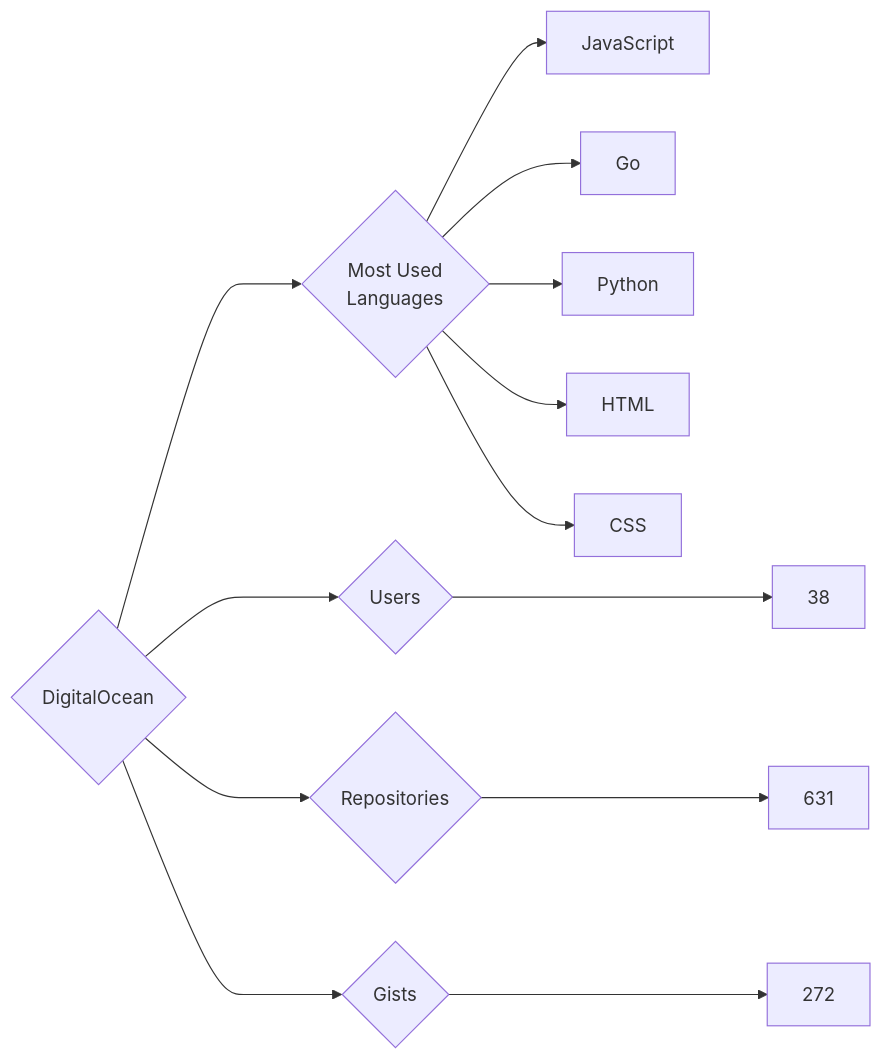
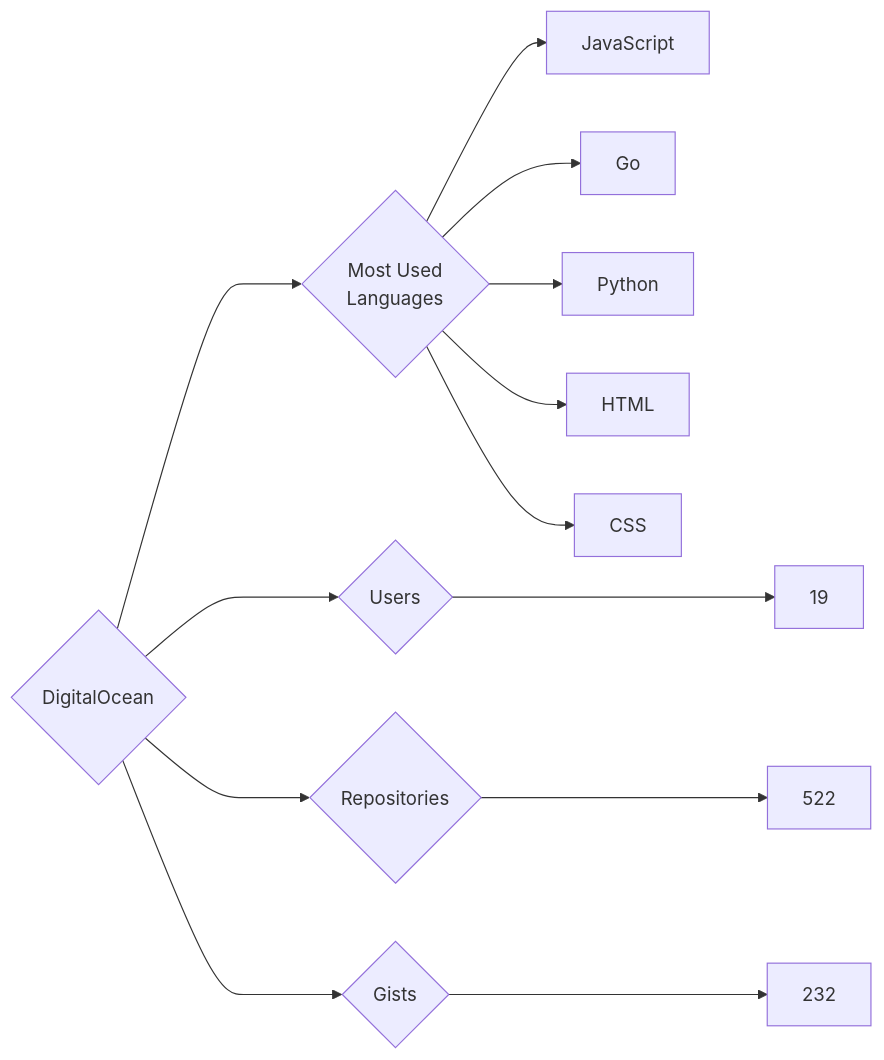
Before and after one commit to trickest/insiders: the diagram in targets/DigitalOcean/README.md, drawn with Mermaid. The commit also changed 723 other files, not shown here.

````diff
--- a/targets/DigitalOcean/README.md
+++ b/targets/DigitalOcean/README.md
@@ -3,13 +3,13 @@
 ```mermaid
 graph LR
 COMPANY_NAME{DigitalOcean}
-COMPANY_NAME ---> U{Users} ---> UN[38]
-COMPANY_NAME ---> R{Repositories} ---> RN[631]
-COMPANY_NAME ---> G{Gists} ---> GN[272]
+COMPANY_NAME ---> U{Users} ---> UN[19]
+COMPANY_NAME ---> R{Repositories} ---> RN[522]
+COMPANY_NAME ---> G{Gists} ---> GN[232]
 COMPANY_NAME ---> ML{Most Used<br>Languages}
 ML --> JavaScript[JavaScript]
 ML --> Go[Go]
 ML --> Python[Python]
 ML --> HTML[HTML]
 ML --> CSS[CSS]
 ```
````
